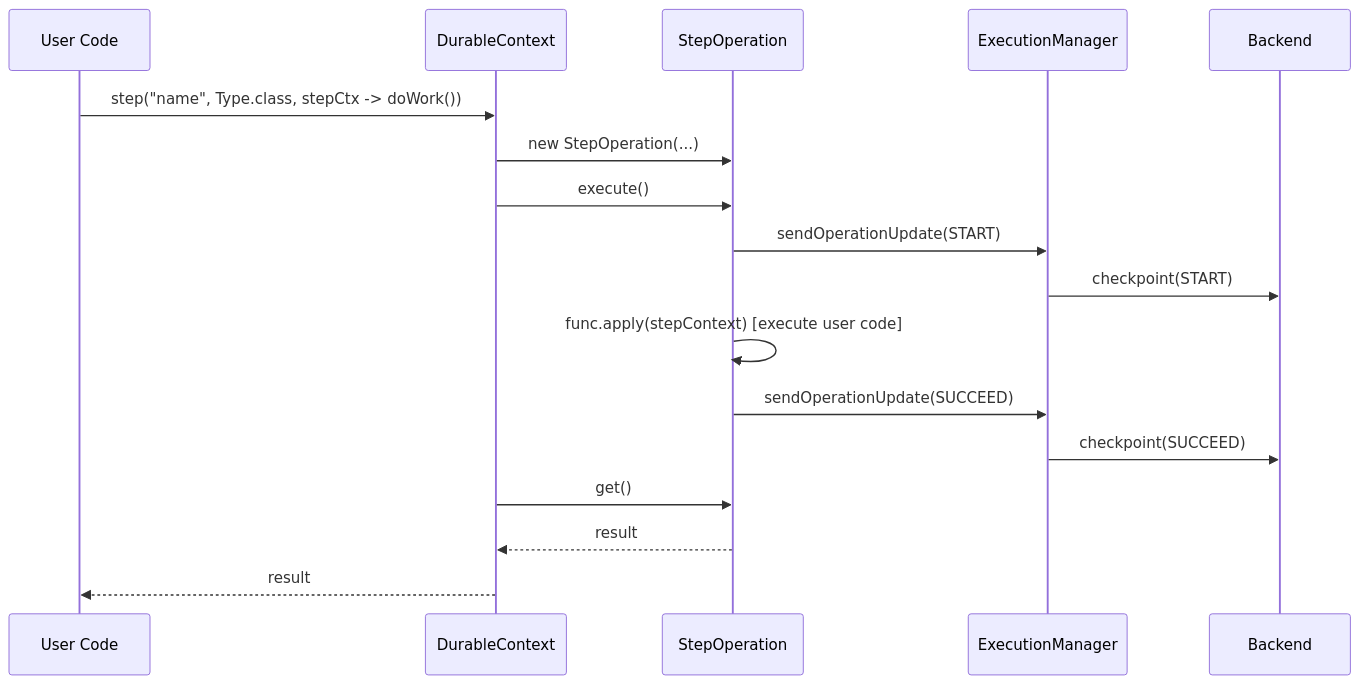
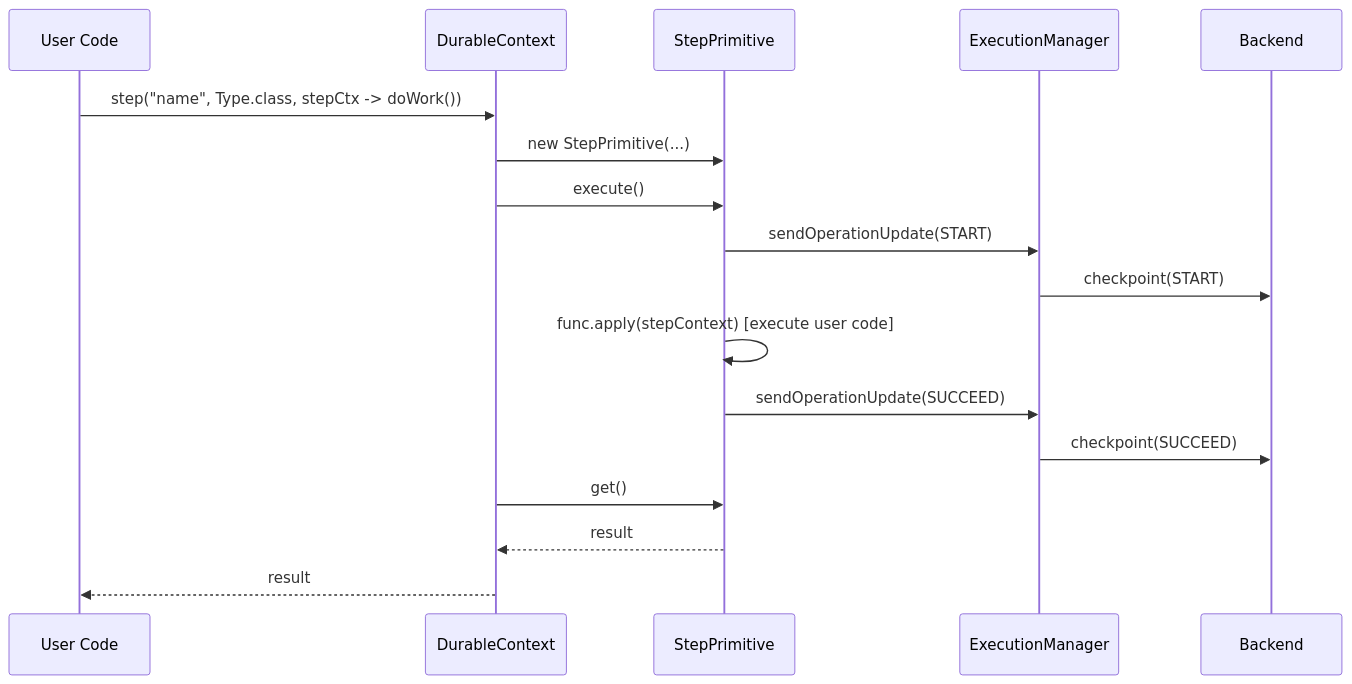
The first of 3 diagrams in docs/design.md (aws/aws-durable-execution-sdk-java), drawn with Mermaid before and after one commit. The commit also changed other lines of this file and 134 other files, not shown here.

Commit message:
refactor: unify durable operation extension architecture

````diff
--- a/docs/design.md
+++ b/docs/design.md
@@ -391,23 +403,23 @@
 ```mermaid
 sequenceDiagram
     participant UC as User Code
     participant DC as DurableContext
-    participant SO as StepOperation
+    participant SO as StepPrimitive
     participant EM as ExecutionManager
     participant Backend
 
     UC->>DC: step("name", Type.class, stepCtx -> doWork())
-    DC->>SO: new StepOperation(...)
+    DC->>SO: new StepPrimitive(...)
     DC->>SO: execute()
     SO->>EM: sendOperationUpdate(START)
     EM->>Backend: checkpoint(START)
     
     SO->>SO: func.apply(stepContext) [execute user code]
     
     SO->>EM: sendOperationUpdate(SUCCEED)
     EM->>Backend: checkpoint(SUCCEED)
     
     DC->>SO: get()
     SO-->>DC: result
     DC-->>UC: result
 ```
````
